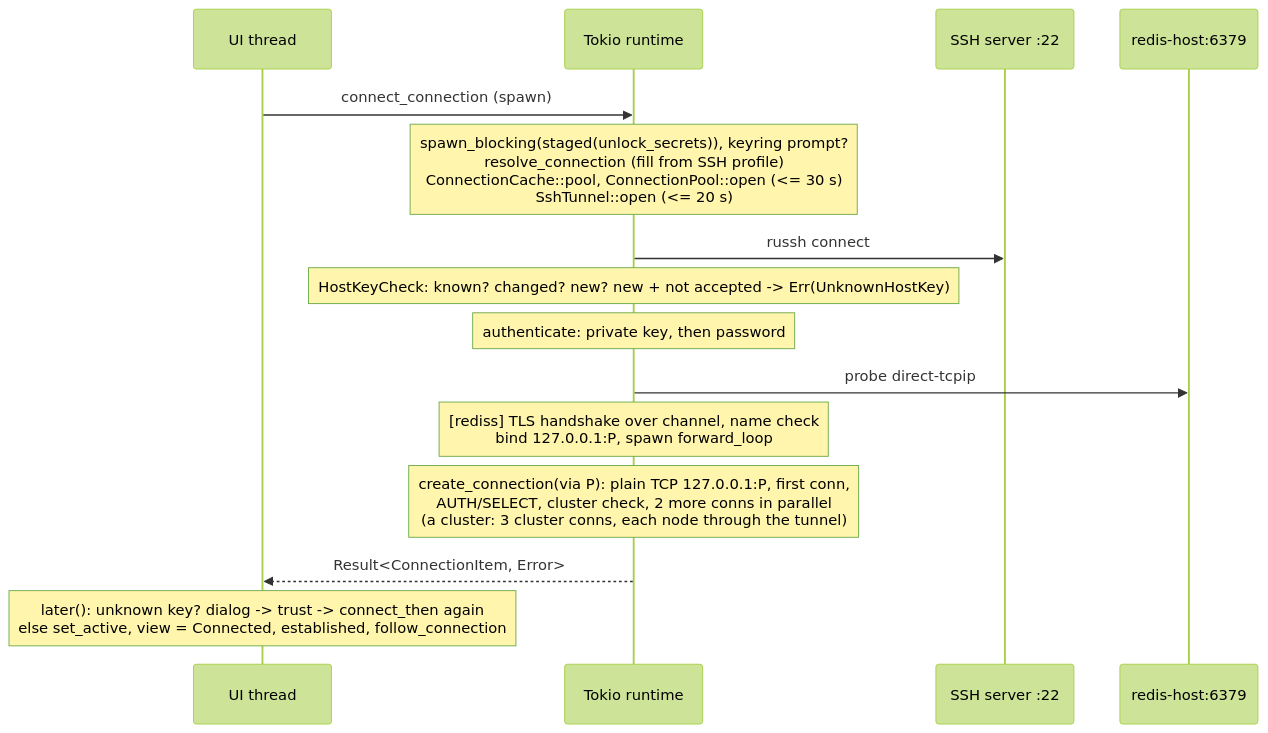
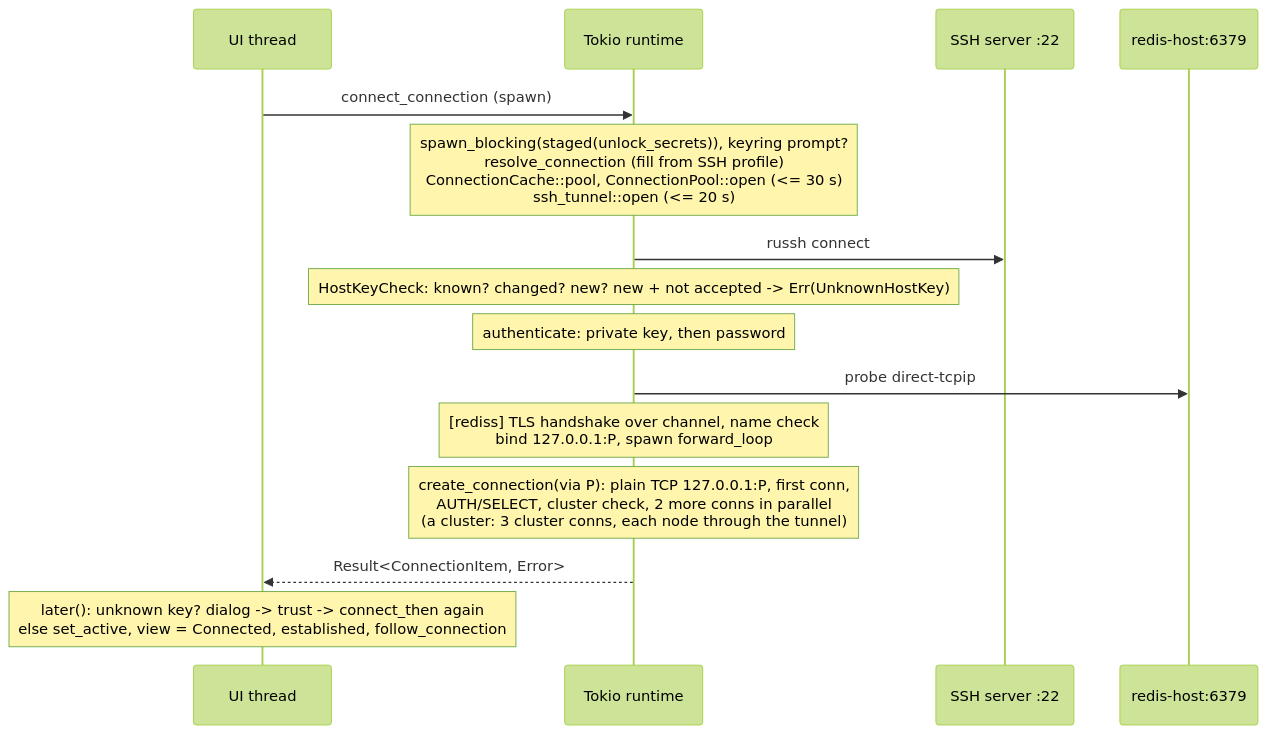
Before and after one commit to iRed4321/Cachemire: the second of 2 diagrams in crates/cachemire/wiki/connections.md, drawn with Mermaid (forest theme). The commit also changed 6 other files, not shown here.

Commit message:
Tunnels: a transport-agnostic tunnel, SSH as one dialer

````diff
--- a/crates/cachemire/wiki/connections.md
+++ b/crates/cachemire/wiki/connections.md
@@ -192,17 +192,17 @@
 ```mermaid
 sequenceDiagram
     participant U as UI thread
     participant T as Tokio runtime
     participant S as SSH server :22
     participant R as redis-host:6379
     U->>T: connect_connection (spawn)
-    Note over T: spawn_blocking(staged(unlock_secrets)), keyring prompt?<br/>resolve_connection (fill from SSH profile)<br/>ConnectionCache::pool, ConnectionPool::open (<= 30 s)<br/>SshTunnel::open (<= 20 s)
+    Note over T: spawn_blocking(staged(unlock_secrets)), keyring prompt?<br/>resolve_connection (fill from SSH profile)<br/>ConnectionCache::pool, ConnectionPool::open (<= 30 s)<br/>ssh_tunnel::open (<= 20 s)
     T->>S: russh connect
     Note over T: HostKeyCheck: known? changed? new? new + not accepted -> Err(UnknownHostKey)
     Note over T: authenticate: private key, then password
     T->>R: probe direct-tcpip
     Note over T: [rediss] TLS handshake over channel, name check<br/>bind 127.0.0.1:P, spawn forward_loop
     Note over T: create_connection(via P): plain TCP 127.0.0.1:P, first conn,<br/>AUTH/SELECT, cluster check, 2 more conns in parallel<br/>(a cluster: 3 cluster conns, each node through the tunnel)
     T-->>U: Result<ConnectionItem, Error>
     Note over U: later(): unknown key? dialog -> trust -> connect_then again<br/>else set_active, view = Connected, established, follow_connection
 ```
````
